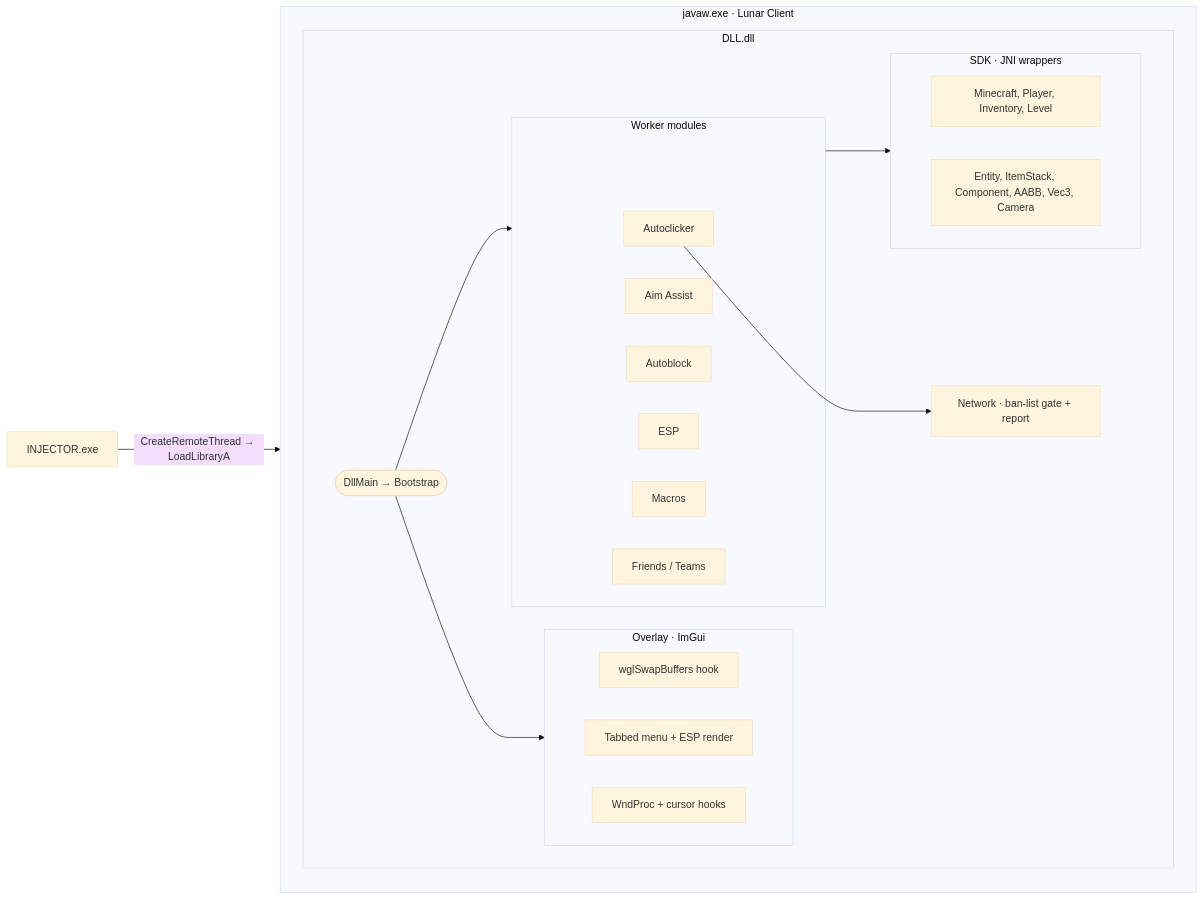
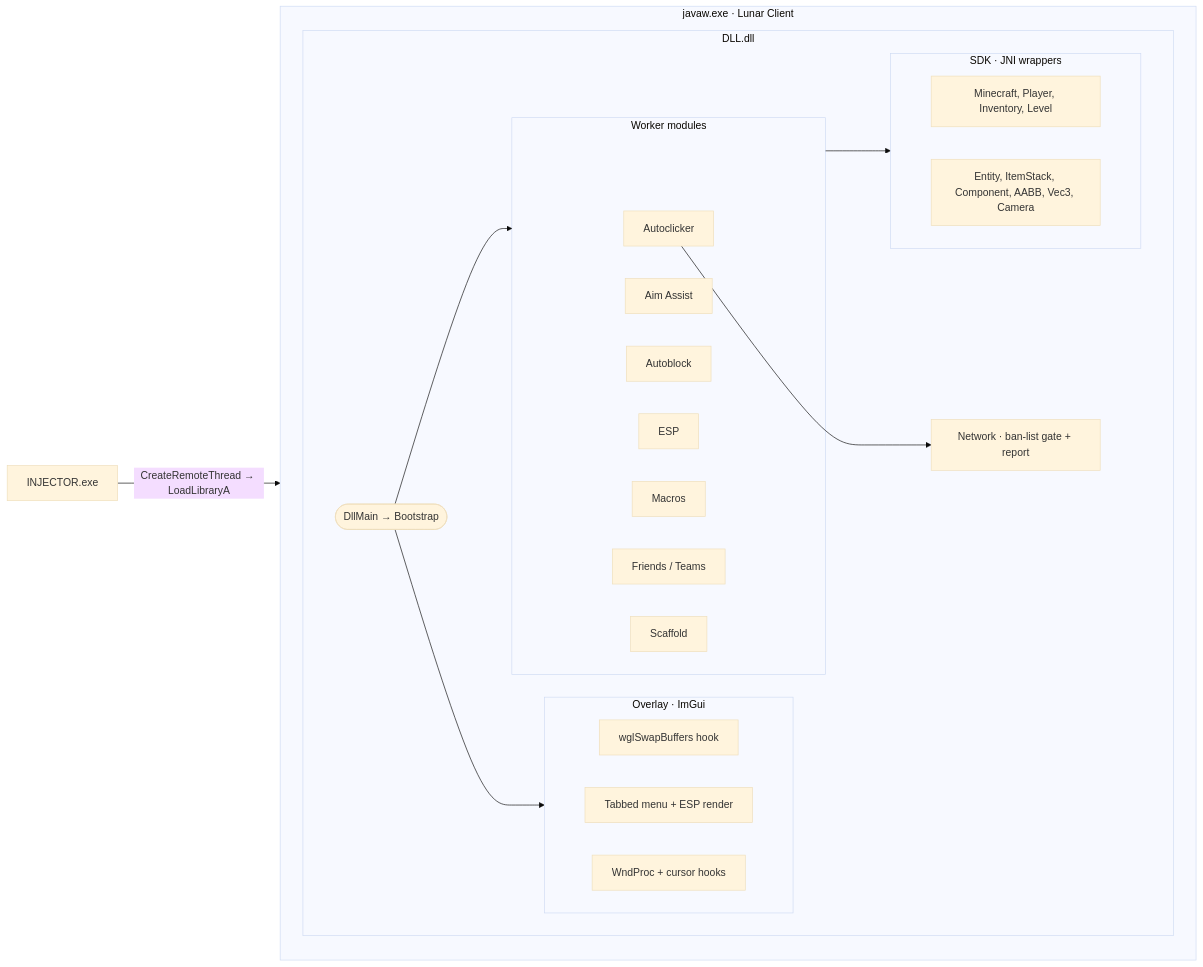
The first of 2 diagrams in README.md (expires/autoclicker), drawn with Mermaid (base theme) before and after one commit. The commit also changed other lines of this file, not shown here.

````diff
--- a/README.md
+++ b/README.md
@@ -13,37 +13,38 @@
 ```mermaid
 flowchart LR
     INJ["INJECTOR.exe"] -->|"CreateRemoteThread → LoadLibraryA"| JVM
 
     subgraph JVM["javaw.exe · Lunar Client"]
         subgraph DLL["DLL.dll"]
             DllMain(["DllMain → Bootstrap"])
 
             subgraph OVL["Overlay · ImGui"]
                 o1["wglSwapBuffers hook"]
                 o2["Tabbed menu + ESP render"]
                 o3["WndProc + cursor hooks"]
             end
 
             subgraph MODS["Worker modules"]
                 m1["Autoclicker"]
                 m2["Aim Assist"]
                 m3["Autoblock"]
                 m4["ESP"]
                 m5["Macros"]
                 m6["Friends / Teams"]
+                m7["Scaffold"]
             end
 
             subgraph SDK["SDK · JNI wrappers"]
                 s1["Minecraft, Player, Inventory, Level"]
                 s2["Entity, ItemStack, Component, AABB, Vec3, Camera"]
             end
 
             NET["Network · ban-list gate + report"]
 
             DllMain --> OVL
             DllMain --> MODS
             MODS --> SDK
             m1 --> NET
         end
     end
 ```
````
